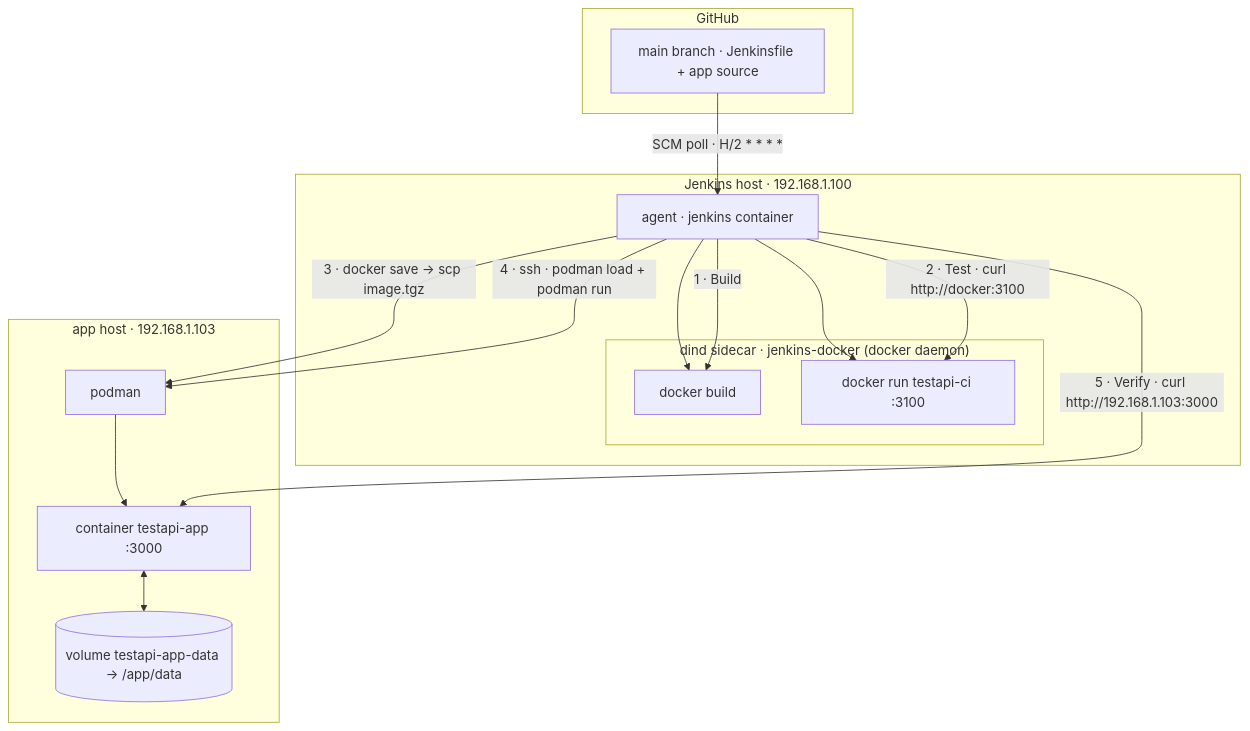
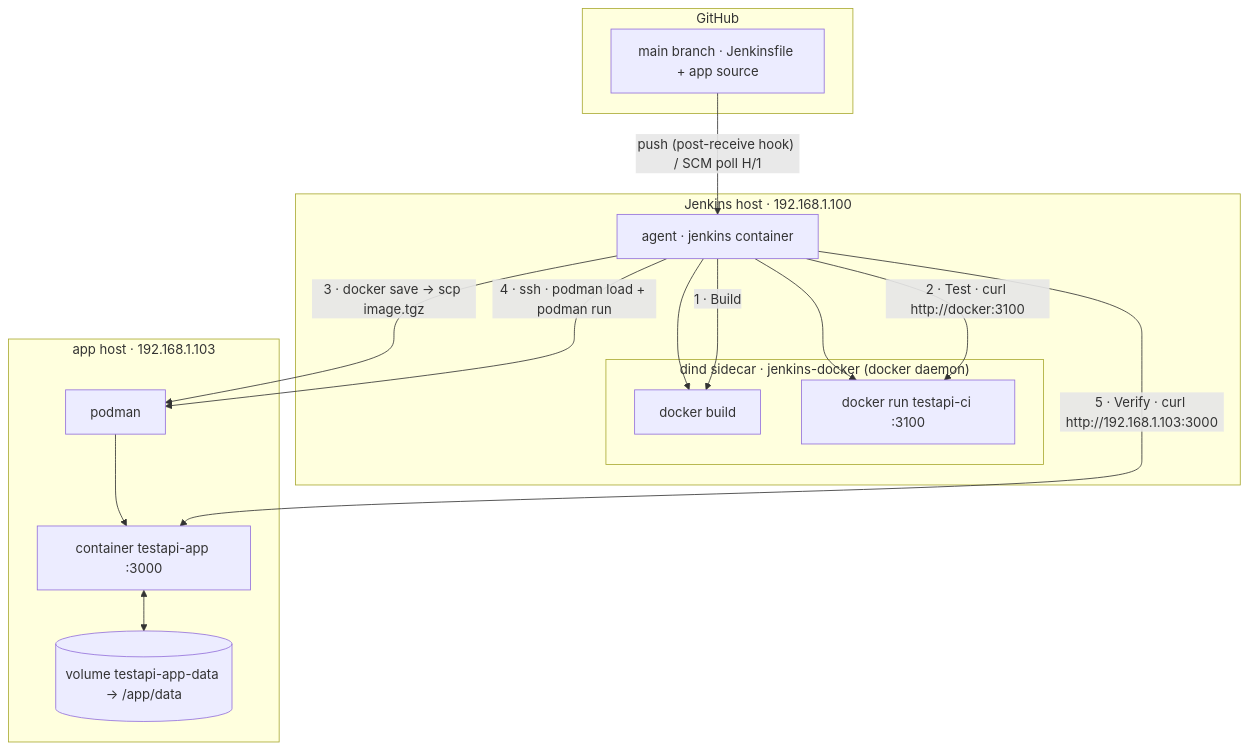
Before and after one commit to mcropsey/testapi-app: the diagram in CICD.md, drawn with Mermaid. The commit also changed other lines of this file and 1 other file, not shown here.

First line of the commit message:
Trigger Jenkins on push: post-receive hook + H/1 poll fallback

````diff
--- a/CICD.md
+++ b/CICD.md
@@ -25,31 +25,31 @@
 ```mermaid
 flowchart TD
   subgraph GH["GitHub"]
     SRC["main branch · Jenkinsfile + app source"]
   end
 
   subgraph JK["Jenkins host · 192.168.1.100"]
     AGENT["agent · jenkins container"]
     subgraph DIND["dind sidecar · jenkins-docker (docker daemon)"]
       BUILD["docker build"]
       RUN["docker run testapi-ci :3100"]
     end
     AGENT --> BUILD
     AGENT --> RUN
   end
 
   subgraph APP["app host · 192.168.1.103"]
     POD["podman"]
     CONT["container testapi-app :3000"]
     VOL[("volume testapi-app-data → /app/data")]
     POD --> CONT
     CONT <--> VOL
   end
 
-  SRC -->|"SCM poll · H/2 * * * *"| AGENT
+  SRC -->|"push (post-receive hook) / SCM poll H/1"| AGENT
   AGENT -->|"1 · Build"| BUILD
   AGENT -->|"2 · Test · curl http://docker:3100"| RUN
   AGENT -->|"3 · docker save → scp image.tgz"| POD
   AGENT -->|"4 · ssh · podman load + podman run"| POD
   AGENT -->|"5 · Verify · curl http://192.168.1.103:3000"| CONT
 ```
````
